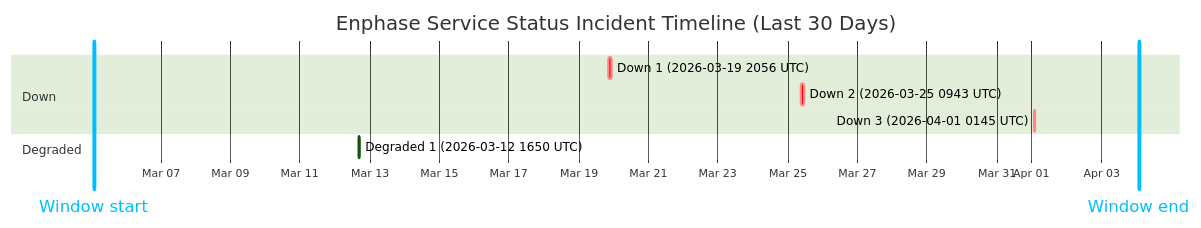
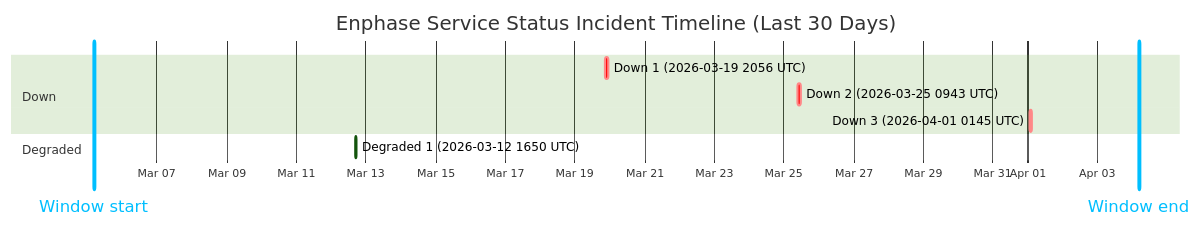
One commit to barneyonline/ha-enphase-ev-charger changed the diagram in wiki/Service-Status-History.md. Above: the diagram before and after it, drawn with Mermaid (forest theme). The commit also changed other lines of this file and 3 other files, not shown here.

````diff
--- a/wiki/Service-Status-History.md
+++ b/wiki/Service-Status-History.md
@@ -14,14 +14,14 @@
 ```mermaid
 gantt
     title Enphase Service Status Incident Timeline (Last 30 Days)
     dateFormat  YYYY-MM-DDTHH:mm:ss
     axisFormat  %b %d
-    Window start :vert, window-start, 2026-03-05T02:05:12, 0ms
-    Window end :vert, window-end, 2026-04-04T02:05:12, 0ms
+    Window start :vert, window-start, 2026-03-05T04:29:08, 0ms
+    Window end :vert, window-end, 2026-04-04T04:29:08, 0ms
     section Down
     Down 1 (2026-03-19 2056 UTC) :crit, down-1, 2026-03-19T20:56:20, 145m
     Down 2 (2026-03-25 0943 UTC) :crit, down-2, 2026-03-25T09:43:28, 111m
     Down 3 (2026-04-01 0145 UTC) :crit, down-3, 2026-04-01T01:45:09, 60m
     section Degraded
     Degraded 1 (2026-03-12 1650 UTC) :active, degraded-1, 2026-03-12T16:50:43, 60m
 ```
````
